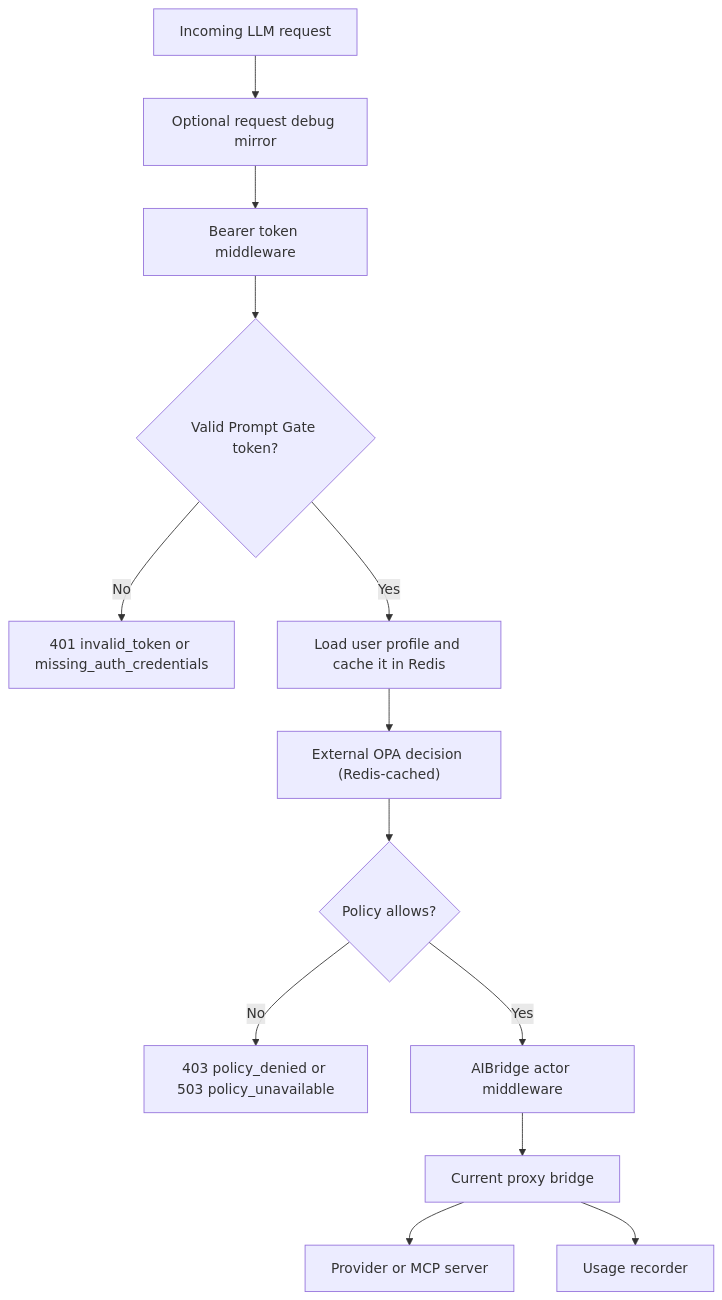
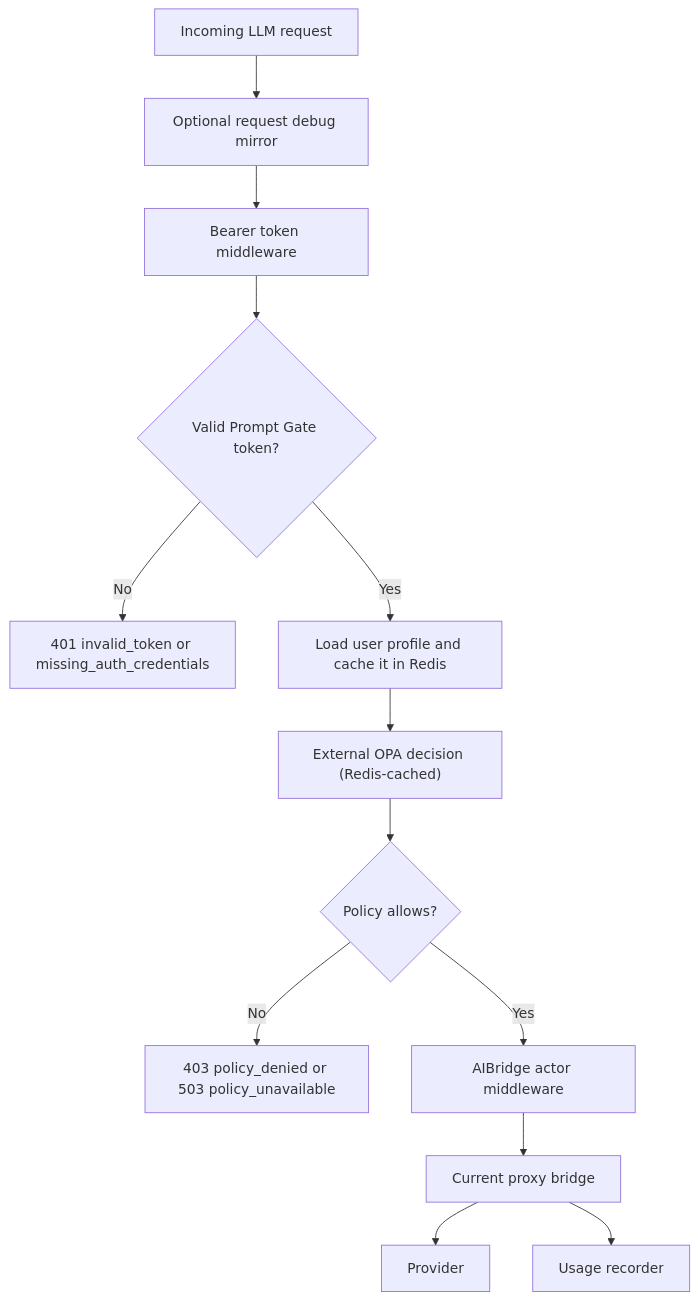
One commit to thomas-illiet/prompt-gate changed the diagram in docs/proxy.md. Above: the diagram before and after it, drawn with Mermaid. The commit also changed other lines of this file and 40 other files, not shown here.

````diff
--- a/docs/proxy.md
+++ b/docs/proxy.md
@@ -18,15 +18,15 @@
 ```mermaid
 flowchart TD
     A["Incoming LLM request"] --> Z["Optional request debug mirror"]
     Z --> B["Bearer token middleware"]
     B --> C{"Valid Prompt Gate token?"}
     C -->|No| D["401 invalid_token or missing_auth_credentials"]
     C -->|Yes| E["Load user profile and cache it in Redis"]
     E --> F["External OPA decision (Redis-cached)"]
     F --> G{"Policy allows?"}
     G -->|No| H["403 policy_denied or 503 policy_unavailable"]
     G -->|Yes| I["AIBridge actor middleware"]
     I --> J["Current proxy bridge"]
-    J --> K["Provider or MCP server"]
+    J --> K["Provider"]
     J --> L["Usage recorder"]
 ```
````
